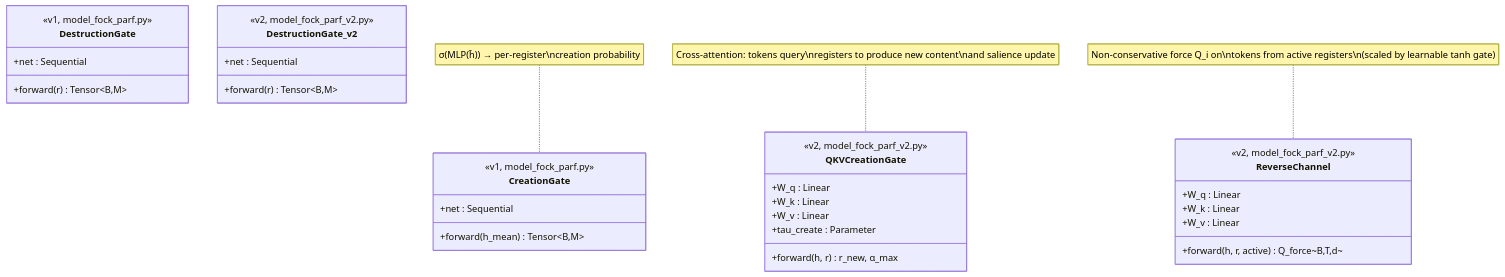
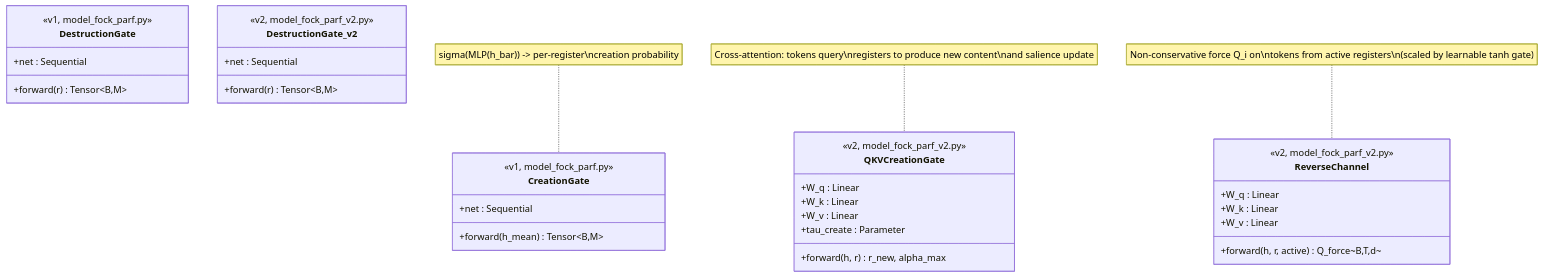
Before and after one commit to dimitarpg13/semsimula-paper: the fifth of 17 diagrams in SOFTWARE_ARCHITECTURE.md, drawn with Mermaid. The commit also changed other lines of this file, not shown here.

Commit message:
add software class diagrams markdown

````diff
--- a/SOFTWARE_ARCHITECTURE.md
+++ b/SOFTWARE_ARCHITECTURE.md
@@ -526,43 +526,43 @@
 ```mermaid
 classDiagram
     direction TB
 
     class CreationGate {
         <<v1, model_fock_parf.py>>
         +net : Sequential
         +forward(h_mean) Tensor~B,M~
     }
 
     class DestructionGate {
         <<v1, model_fock_parf.py>>
         +net : Sequential
         +forward(r) Tensor~B,M~
     }
 
     class QKVCreationGate {
         <<v2, model_fock_parf_v2.py>>
         +W_q : Linear
         +W_k : Linear
         +W_v : Linear
         +tau_create : Parameter
-        +forward(h, r) r_new, α_max
+        +forward(h, r) r_new, alpha_max
     }
 
     class DestructionGate_v2 {
         <<v2, model_fock_parf_v2.py>>
         +net : Sequential
         +forward(r) Tensor~B,M~
     }
 
     class ReverseChannel {
         <<v2, model_fock_parf_v2.py>>
         +W_q : Linear
         +W_k : Linear
         +W_v : Linear
         +forward(h, r, active) Q_force~B,T,d~
     }
 
-    note for CreationGate "σ(MLP(h̄)) → per-register\ncreation probability"
+    note for CreationGate "sigma(MLP(h_bar)) -> per-register\ncreation probability"
     note for QKVCreationGate "Cross-attention: tokens query\nregisters to produce new content\nand salience update"
     note for ReverseChannel "Non-conservative force Q_i on\ntokens from active registers\n(scaled by learnable tanh gate)"
 ```
````
